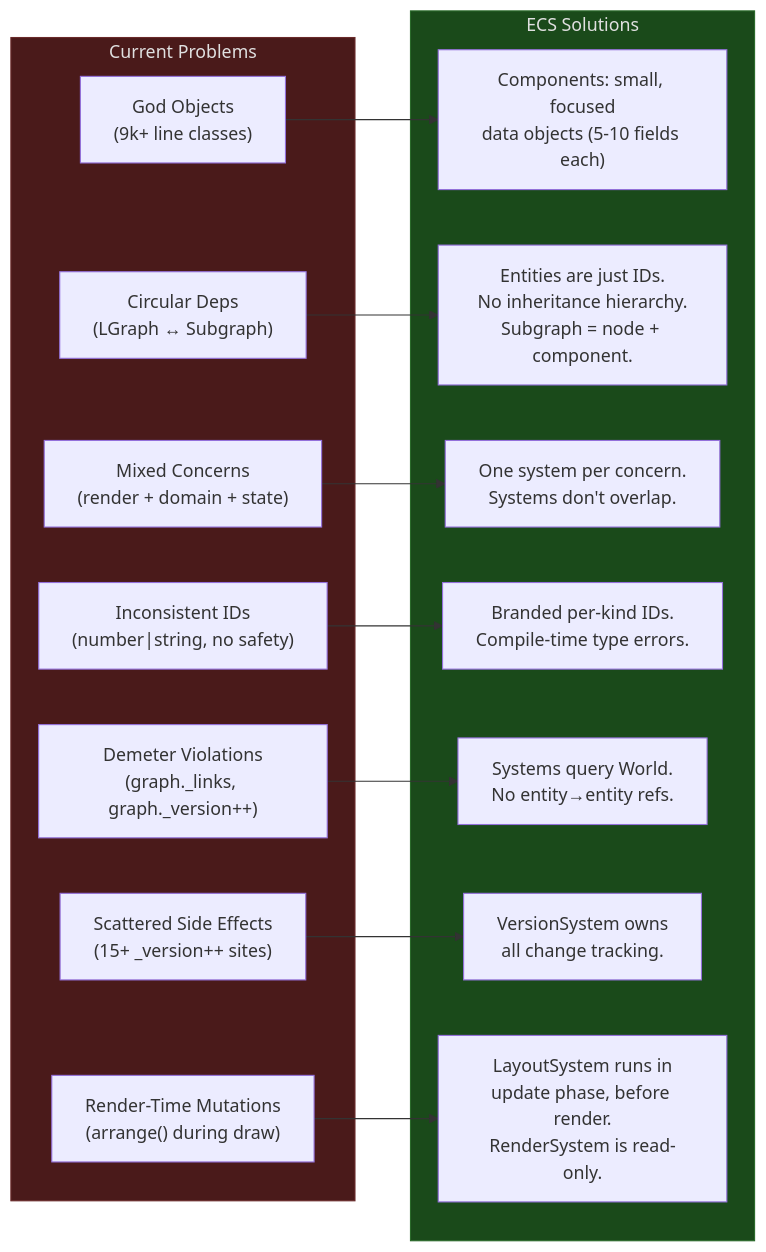
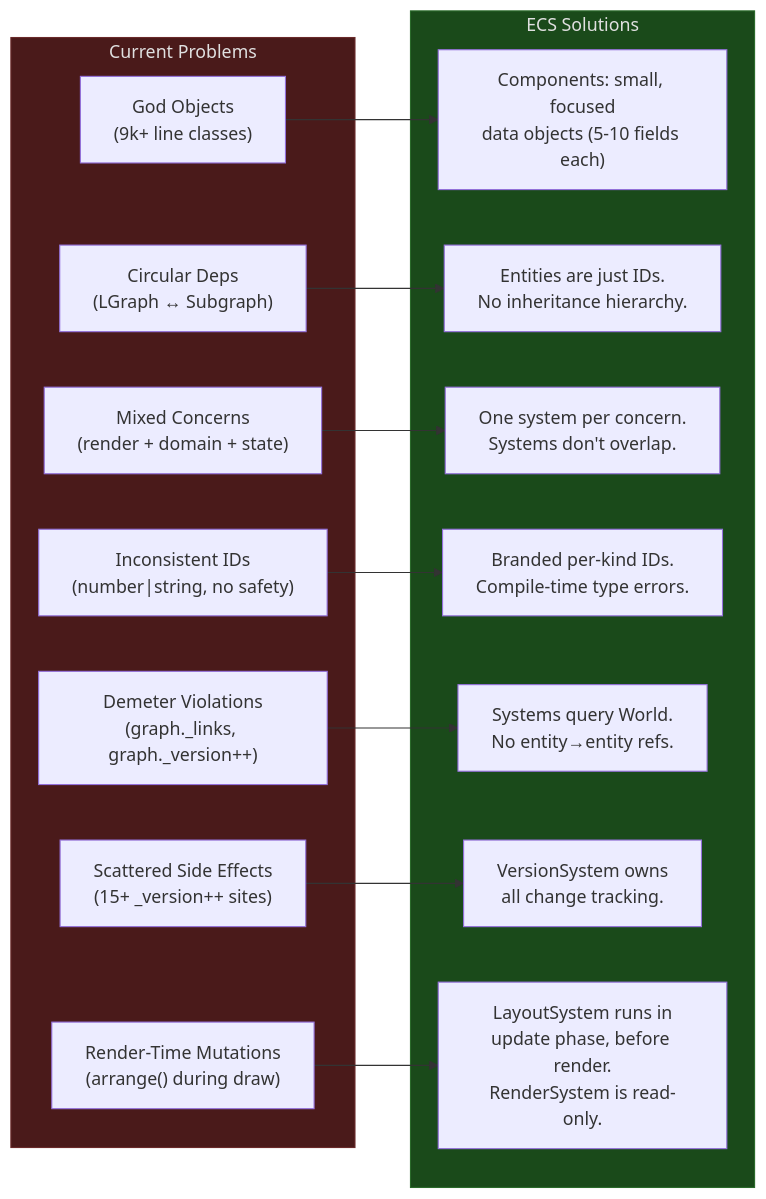
The tenth of 12 diagrams in docs/architecture/ecs-target-architecture.md (Comfy-Org/ComfyUI_frontend), drawn with Mermaid before and after one commit. The commit also changed other lines of this file, not shown here.

First line of the commit message:
fix: strip leading whitespace from multi-line mermaid labels in architecture docs

````diff
--- a/docs/architecture/ecs-target-architecture.md
+++ b/docs/architecture/ecs-target-architecture.md
@@ -425,49 +394,48 @@
 ```mermaid
 graph LR
     subgraph Problems["Current Problems"]
         P1["God Objects
 (9k+ line classes)"]
         P2["Circular Deps
 (LGraph ↔ Subgraph)"]
         P3["Mixed Concerns
 (render + domain + state)"]
         P4["Inconsistent IDs
 (number|string, no safety)"]
         P5["Demeter Violations
 (graph._links, graph._version++)"]
         P6["Scattered Side Effects
 (15+ _version++ sites)"]
         P7["Render-Time Mutations
 (arrange() during draw)"]
     end
 
     subgraph Solutions["ECS Solutions"]
         S1["Components: small, focused
 data objects (5-10 fields each)"]
         S2["Entities are just IDs.
-No inheritance hierarchy.
-Subgraph = node + component."]
+No inheritance hierarchy."]
         S3["One system per concern.
 Systems don't overlap."]
         S4["Branded per-kind IDs.
 Compile-time type errors."]
         S5["Systems query World.
 No entity→entity refs."]
         S6["VersionSystem owns
 all change tracking."]
         S7["LayoutSystem runs in
 update phase, before render.
 RenderSystem is read-only."]
     end
 
     P1 --> S1
     P2 --> S2
     P3 --> S3
     P4 --> S4
     P5 --> S5
     P6 --> S6
     P7 --> S7
 
     style Problems fill:#4a1a1a,stroke:#6a2a2a,color:#e0e0e0
     style Solutions fill:#1a4a1a,stroke:#2a6a2a,color:#e0e0e0
 ```
````
